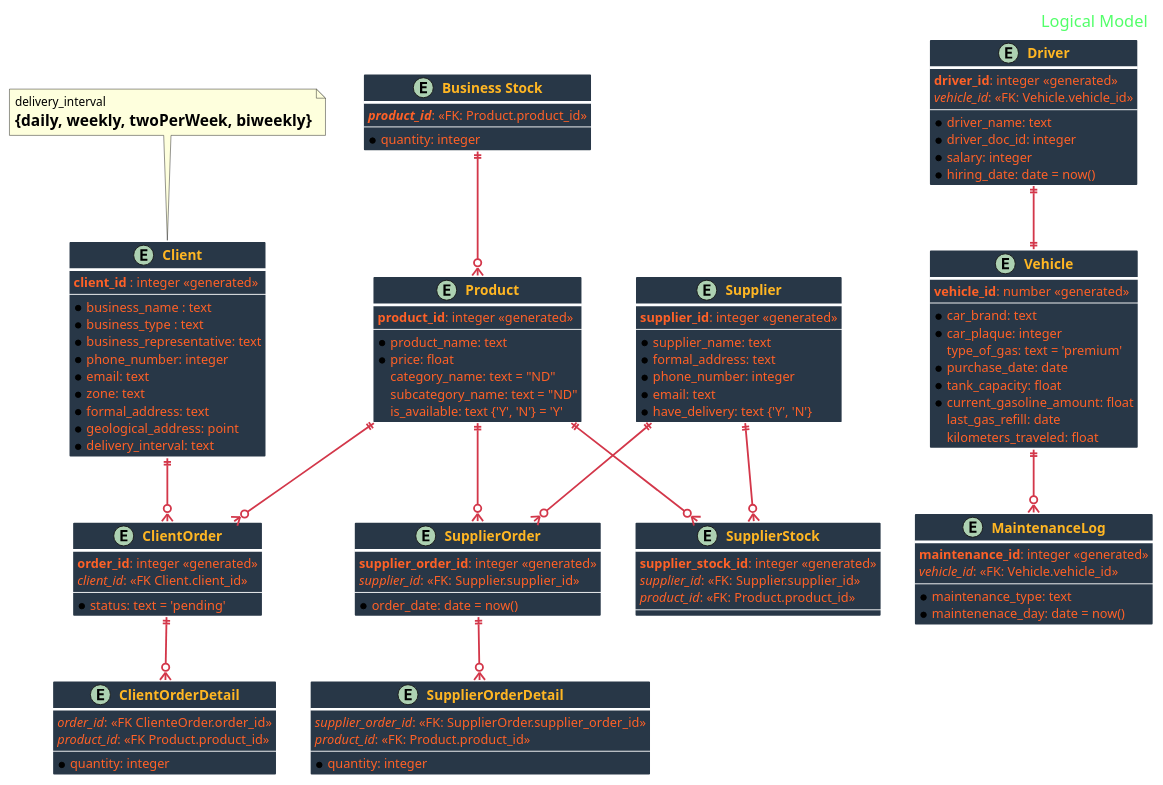
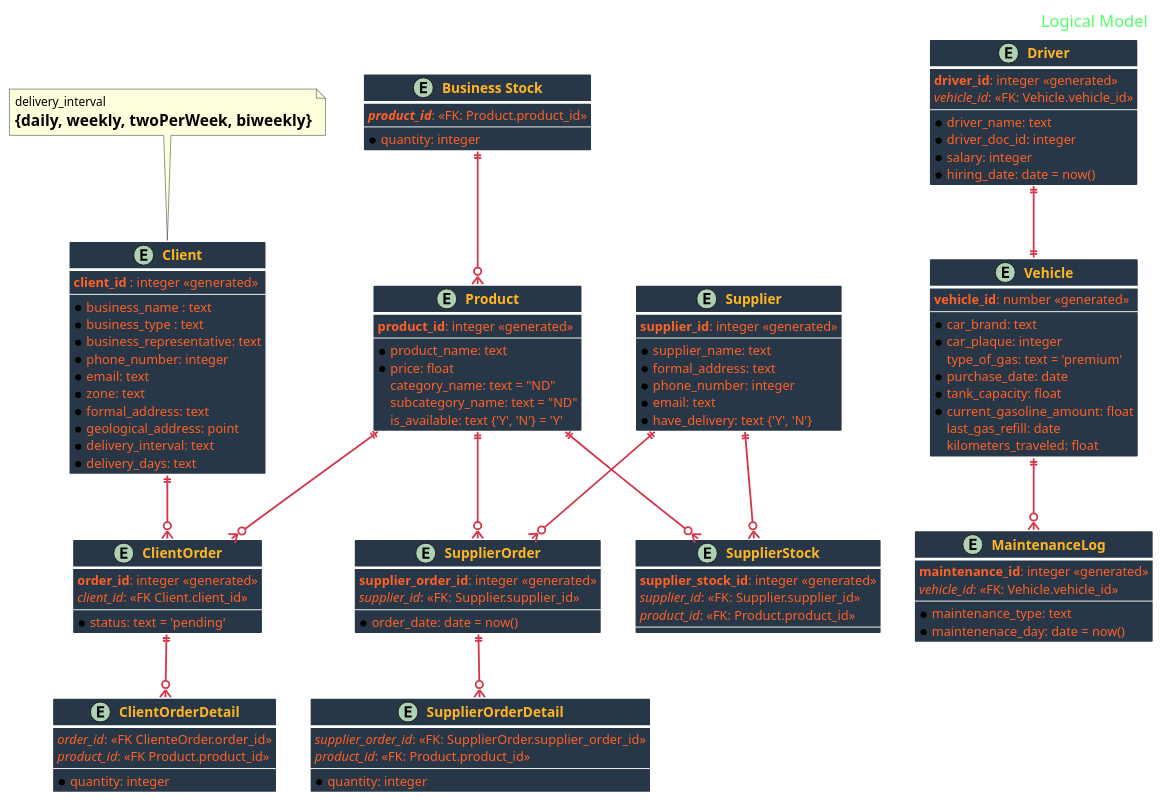
One commit to hros19/CorreCaminos-management-system changed the diagram in logical_diagram.puml. Above: the diagram before and after it, drawn with PlantUML.

Commit message:
Update logical_diagram.puml
Pending to discuss

```diff
--- a/logical_diagram.puml
+++ b/logical_diagram.puml
@@ -1,147 +1,148 @@
 @startuml Logical Database Model
 
 skinparam BackgroundColor transparent
 
 skinparam HeaderFontColor #52FF69
 skinparam HeaderFontSize 18
 
 skinparam ArrowFontSize 15
 skinparam ArrowColor D3374A
 skinparam ArrowThickness 2
 skinparam ArrowFontColor #3FD0C4
 
 skinparam ClassBorderColor white
 skinparam ClassBorderThickness 3
 skinparam ClassAttributeFontSize 14
 skinparam ClassAttributeFontColor FF6127
 skinparam ClassBackgroundColor #283747
 skinparam ClassFontSize 15
 skinparam ClassFontStyle Bold
 skinparam ClassFontColor #FFB623
 
 
 header Logical Model
 
 entity "Client" as Client {
   **client_id** : integer <<generated>>
   --
   *business_name : text
   *business_type : text
   *business_representative: text
   *phone_number: integer
   *email: text
   *zone: text
   *formal_address: text
   *geological_address: point
   *delivery_interval: text
+  *delivery_days: text
 }
 note top
   delivery_interval 
   = {daily, weekly, twoPerWeek, biweekly}
 end note
 
 entity "Vehicle" as Vehicle {
     **vehicle_id**: number <<generated>>
     --
     *car_brand: text
     *car_plaque: integer
     type_of_gas: text = 'premium'
     *purchase_date: date
     *tank_capacity: float
     *current_gasoline_amount: float
     last_gas_refill: date
     kilometers_traveled: float
 }
 
 entity "MaintenanceLog" as MaintenanceLog {
     **maintenance_id**: integer <<generated>>
      //vehicle_id//: <<FK: Vehicle.vehicle_id>> 
     --
     *maintenance_type: text
     *maintenenace_day: date = now()
 }
 
 entity "Driver" as Driver {
     **driver_id**: integer <<generated>>
     //vehicle_id//: <<FK: Vehicle.vehicle_id>>
     --
     *driver_name: text
     *driver_doc_id: integer
     *salary: integer
     *hiring_date: date = now()
 }
 
 entity "ClientOrder" as OrderC{
     **order_id**: integer <<generated>>
     //client_id//: <<FK Client.client_id>>
     --
     *status: text = 'pending'
 }
 
 entity "ClientOrderDetail" as OrderDetail {
     //order_id//: <<FK ClienteOrder.order_id>>
     //product_id//: <<FK Product.product_id>>
     --
     *quantity: integer
 }
 
 entity "Business Stock" as BusinessStock {
     **//product_id//**: <<FK: Product.product_id>>
     --
     *quantity: integer
 }
 
 entity "Supplier" as Supplier {
     **supplier_id**: integer <<generated>>
     --
     *supplier_name: text
     *formal_address: text
     *phone_number: integer
     *email: text
     *have_delivery: text {'Y', 'N'}
 }
 
 entity "Product" as Product {
     **product_id**: integer <<generated>>
     --
     *product_name: text
     *price: float
     category_name: text = "ND"
     subcategory_name: text = "ND"
     is_available: text {'Y', 'N'} = 'Y'
 }
 
 entity "SupplierStock" as SupplierStock {
     **supplier_stock_id**: integer <<generated>>
     //supplier_id//: <<FK: Supplier.supplier_id>>
     //product_id//: <<FK: Product.product_id>>
     --
 }
 
 entity "SupplierOrder" as SupplierOrder {
     **supplier_order_id**: integer <<generated>>
     //supplier_id//: <<FK: Supplier.supplier_id>>
     --
    *order_date: date = now()
 }
 
 entity "SupplierOrderDetail" as SupplierOrderDetail {
     //supplier_order_id//: <<FK: SupplierOrder.supplier_order_id>>
     //product_id//: <<FK: Product.product_id>>
     --
     *quantity: integer
 }
 
 Driver ||--|| Vehicle
 Vehicle ||--o{ MaintenanceLog
 Client ||--o{ OrderC
 Product ||--o{ OrderC
 OrderC ||--o{ OrderDetail
 Supplier ||--o{ SupplierOrder
 Supplier ||--o{ SupplierStock
 Product ||--o{ SupplierStock
 Product ||--o{ SupplierOrder
 BusinessStock ||--o{ Product
 SupplierOrder ||--o{  SupplierOrderDetail
 
 @enduml
```
